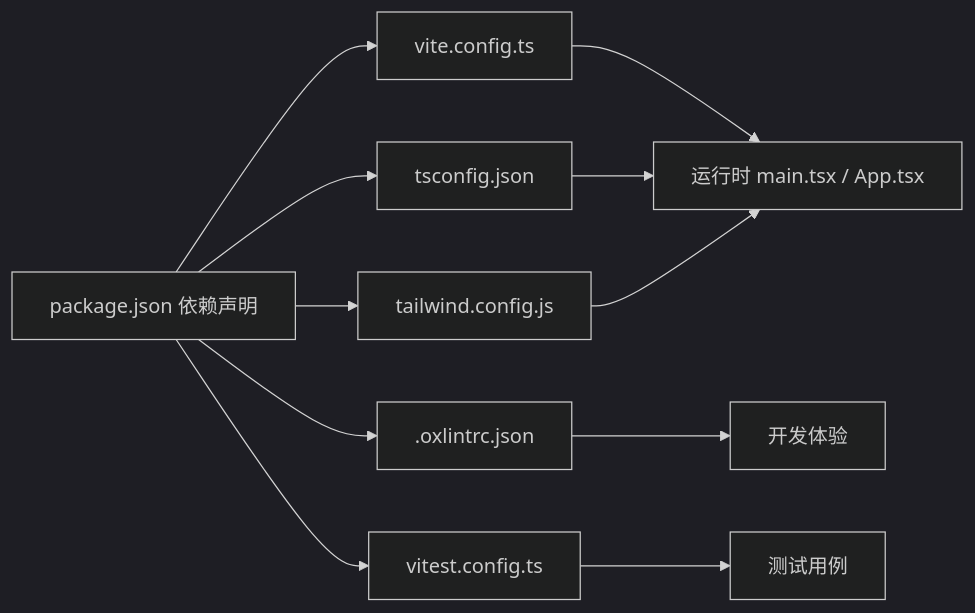
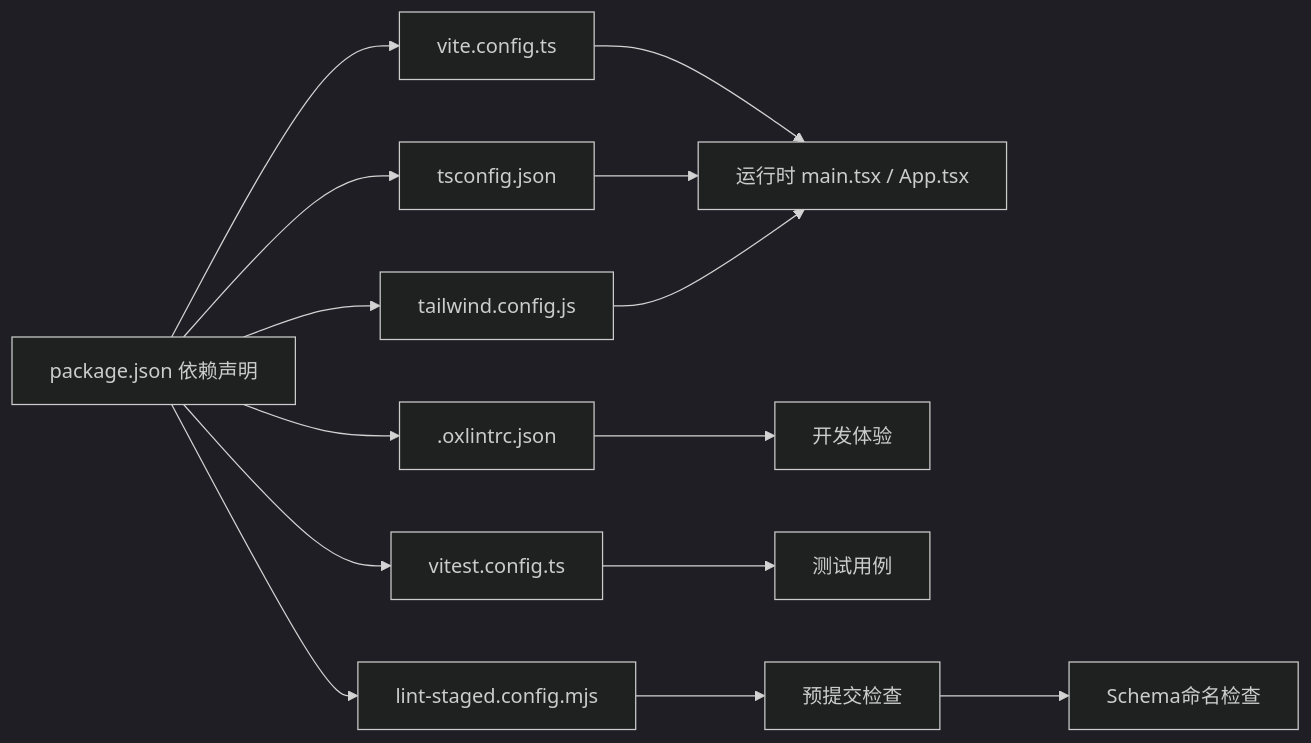
One commit to Damao997/newproject changed the seventh of 7 diagrams in .qoder/repowiki/zh/content/开发规范/开发规范.md. Above: the diagram before and after it, drawn with Mermaid (dark theme). The commit also changed other lines of this file and 26 other files, not shown here.

````diff
--- a/.qoder/repowiki/zh/content/开发规范/开发规范.md
+++ b/.qoder/repowiki/zh/content/开发规范/开发规范.md
@@ -290,13 +339,16 @@
 ```mermaid
 graph LR
 Pkg["package.json 依赖声明"] --> ViteCfg["vite.config.ts"]
 Pkg --> TsCfg["tsconfig.json"]
 Pkg --> TailwindCfg["tailwind.config.js"]
 Pkg --> OxlintCfg[".oxlintrc.json"]
 Pkg --> VitestCfg["vitest.config.ts"]
+Pkg --> LintStagedCfg["lint-staged.config.mjs"]
 ViteCfg --> Runtime["运行时 main.tsx / App.tsx"]
 TsCfg --> Runtime
 TailwindCfg --> Runtime
 OxlintCfg --> Dev["开发体验"]
 VitestCfg --> Test["测试用例"]
+LintStagedCfg --> PreCommit["预提交检查"]
+PreCommit --> SchemaCheck["Schema命名检查"]
 ```
````
